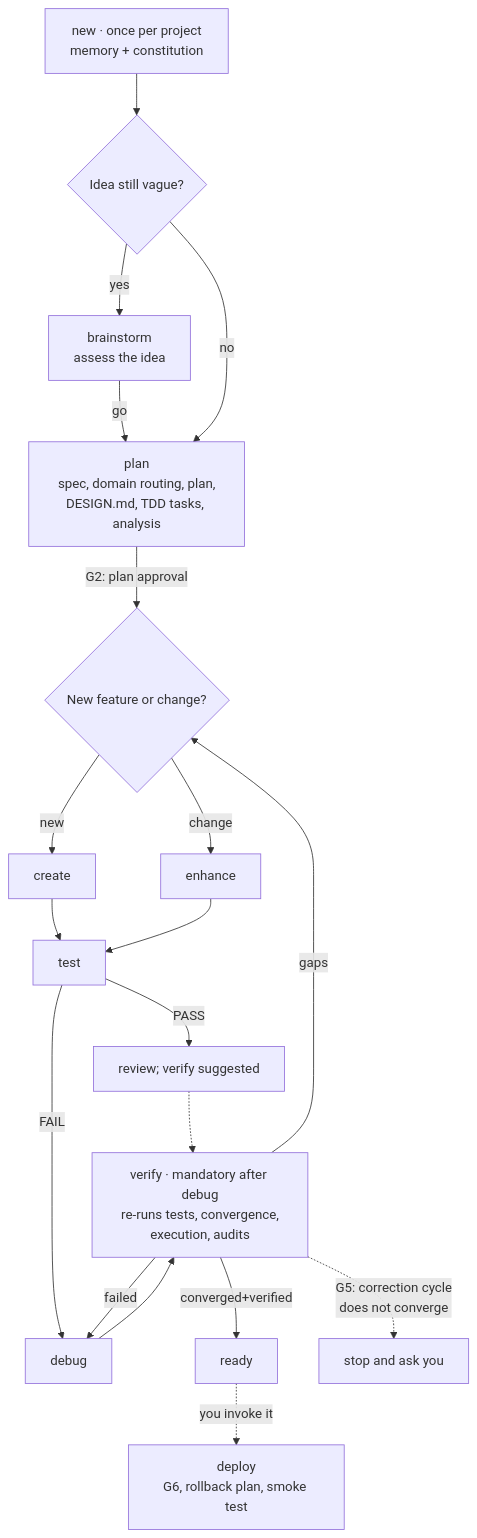
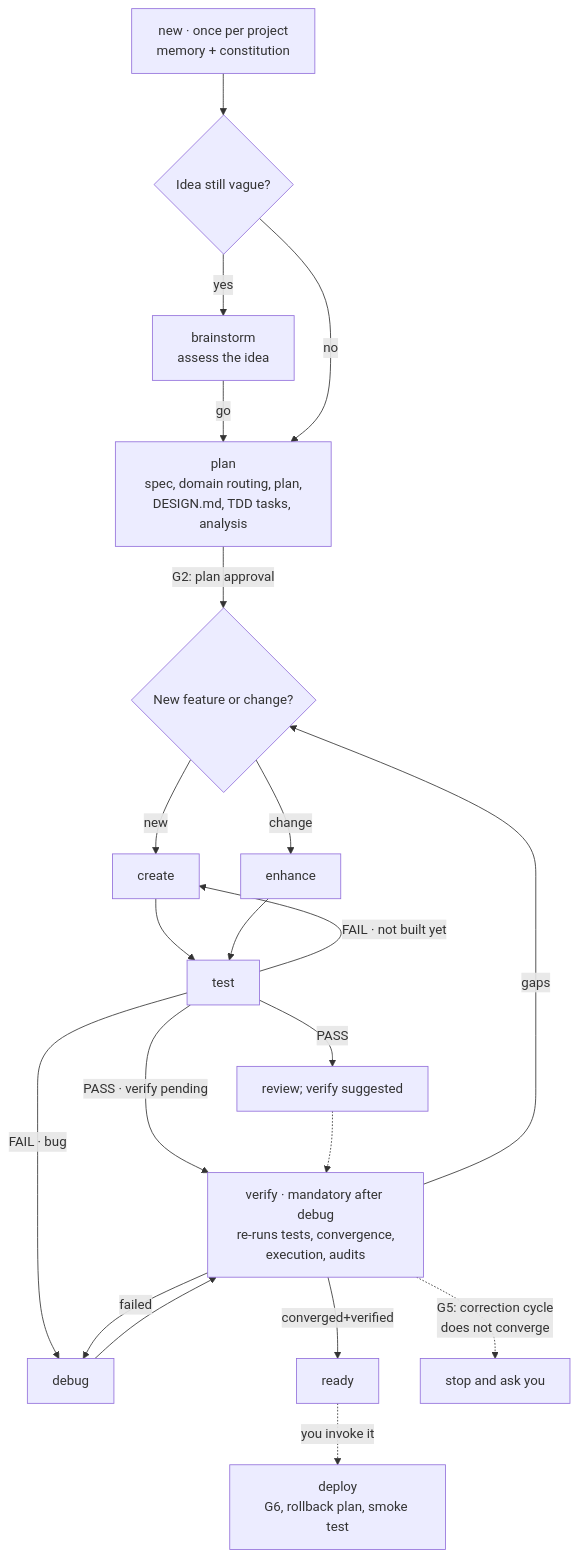
One commit to Reprograme/redevkit changed the second of 2 diagrams in README.md. Above: the diagram before and after it, drawn with Mermaid. The commit also changed other lines of this file and 91 other files, not shown here.

````diff
--- a/README.md
+++ b/README.md
@@ -148,21 +148,23 @@
 ```mermaid
 flowchart TD
     NEW["new · once per project<br/>memory + constitution"] --> Q{"Idea still vague?"}
     Q -->|yes| BS["brainstorm<br/>assess the idea"]
     BS -->|go| PLAN
     Q -->|no| PLAN["plan<br/>spec, domain routing, plan,<br/>DESIGN.md, TDD tasks, analysis"]
     PLAN -->|"G2: plan approval"| KIND{"New feature or change?"}
     KIND -->|new| CR["create"]
     KIND -->|change| EN["enhance"]
     CR --> TS["test"]
     EN --> TS
     TS -->|PASS| DONE["review; verify suggested"]
-    TS -->|FAIL| DB["debug"]
+    TS -->|"PASS · verify pending"| VF
+    TS -->|"FAIL · bug"| DB["debug"]
+    TS -->|"FAIL · not built yet"| CR
     DB --> VF["verify · mandatory after debug<br/>re-runs tests, convergence,<br/>execution, audits"]
     DONE -.-> VF
     VF -->|gaps| KIND
     VF -->|failed| DB
     VF -->|converged+verified| READY["ready"]
     VF -.->|"G5: correction cycle<br/>does not converge"| ASK["stop and ask you"]
     READY -.->|"you invoke it"| DP["deploy<br/>G6, rollback plan, smoke test"]
 ```
````
